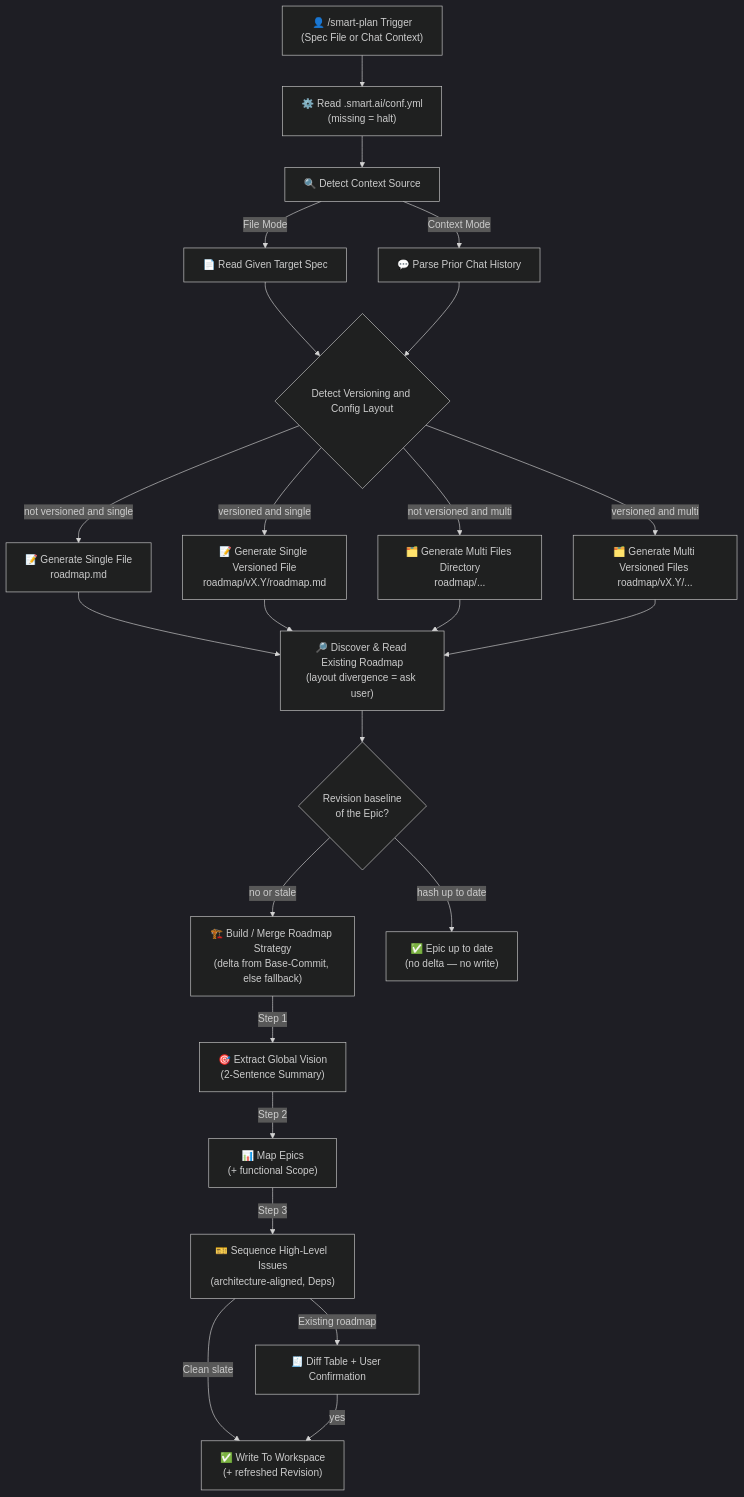
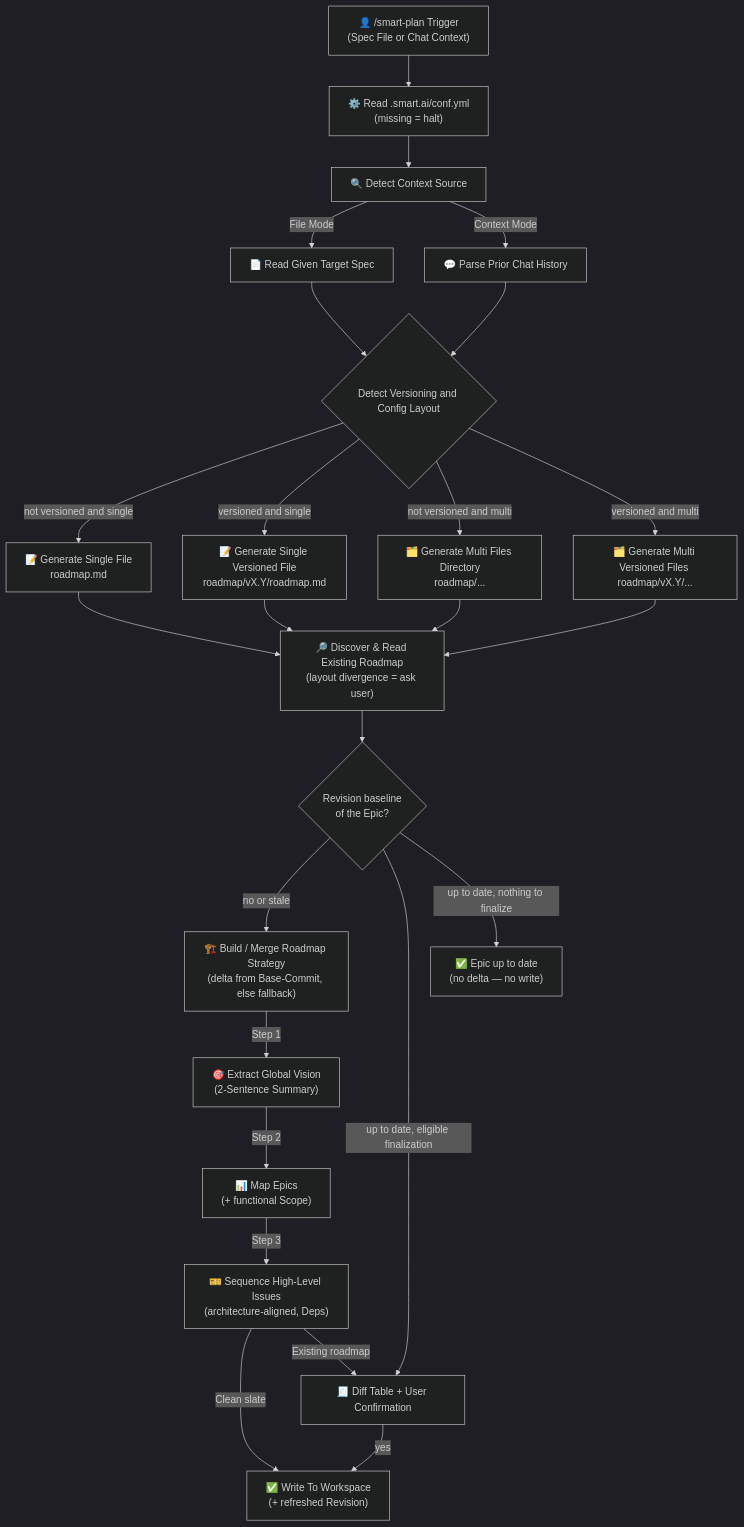
One commit to fletort/smart-ai-factory changed the first of 3 diagrams in docs/specs/smart-plan.md. Above: the diagram before and after it, drawn with Mermaid (dark theme). The commit also changed other lines of this file and 2 other files, not shown here.

````diff
--- a/docs/specs/smart-plan.md
+++ b/docs/specs/smart-plan.md
@@ -51,34 +51,35 @@
   ```mermaid
   graph TD
       Input["👤 /smart-plan Trigger<br/>(Spec File or Chat Context)"] --> Config["⚙️ Read .smart.ai/conf.yml<br/>(missing = halt)"]
       Config --> Source["🔍 Detect Context Source"]
 
       Source -->|File Mode| ReadFile["📄 Read Given Target Spec"]
       Source -->|Context Mode| ReadChat["💬 Parse Prior Chat History"]
 
       ReadFile --> Strategy{"Detect Versioning and Config Layout"}
       ReadChat --> Strategy
 
       Strategy -->|not versioned and single| Single["📝 Generate Single File<br/>roadmap.md"]
       Strategy -->|versioned and single| SingleVer["📝 Generate Single Versioned File<br/>roadmap/vX.Y/roadmap.md"]
       Strategy -->|not versioned and multi| Multi["🗂️ Generate Multi Files Directory<br/>roadmap/..."]
       Strategy -->|versioned and multi| MultiVer["🗂️ Generate Multi Versioned Files <br/>roadmap/vX.Y/..."]
 
       Single --> Discover["🔎 Discover & Read Existing Roadmap<br/>(layout divergence = ask user)"]
       SingleVer --> Discover
       Multi --> Discover
       MultiVer --> Discover
 
       Discover --> Rev{"Revision baseline<br/>of the Epic?"}
 
-      Rev -->|no or stale| Process["🏗️ Build / Merge Roadmap Strategy<br/>(delta from Base-Commit, else fallback)"]
-      Rev -->|"hash up to date"| UTD["✅ Epic up to date<br/>(no delta — no write)"]
+      Rev -->|"no or stale"| Process["🏗️ Build / Merge Roadmap Strategy<br/>(delta from Base-Commit, else fallback)"]
+      Rev -->|"up to date, eligible finalization"| Confirm
+      Rev -->|"up to date, nothing to finalize"| UTD["✅ Epic up to date<br/>(no delta — no write)"]
 
       Process -->|Step 1| Vision["🎯 Extract Global Vision<br/>(2-Sentence Summary)"]
       Vision -->|Step 2| Epics["📊 Map Epics<br/>(+ functional Scope)"]
       Epics -->|Step 3| Issues["🎫 Sequence High-Level Issues<br/>(architecture-aligned, Deps)"]
 
       Issues -->|Clean slate| Output["✅ Write To Workspace<br/>(+ refreshed Revision)"]
       Issues -->|Existing roadmap| Confirm["🧾 Diff Table + User Confirmation"]
       Confirm -->|yes| Output
   ```
````
